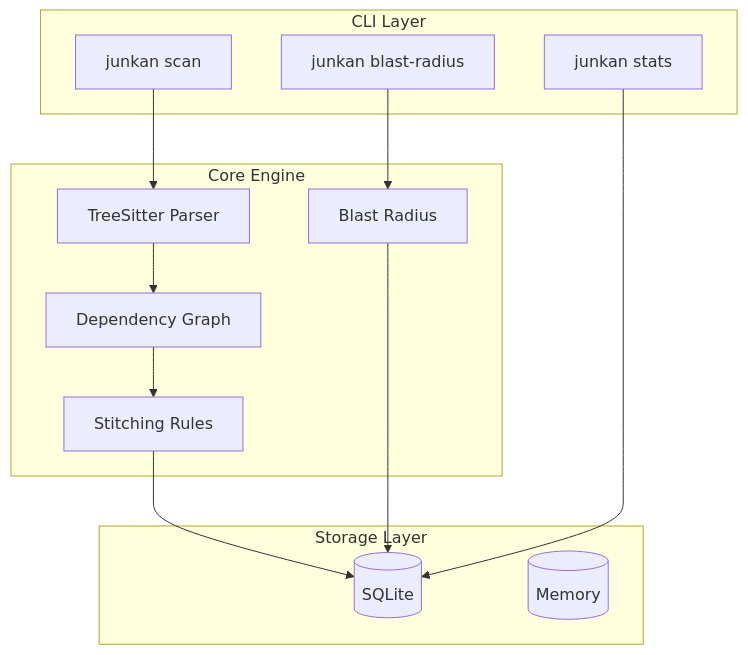
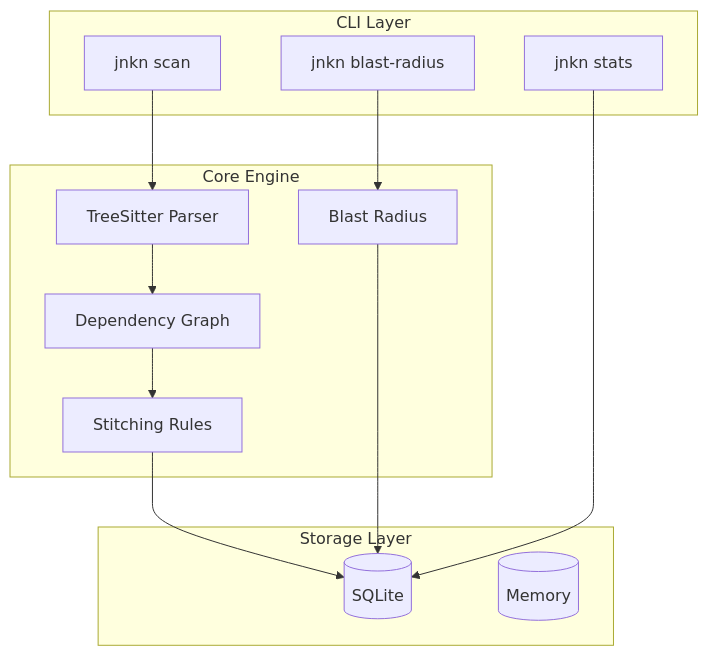
One commit to bordumb/jnkn changed the tenth of 10 diagrams in README.md. Above: the diagram before and after it, drawn with Mermaid. The commit also changed other lines of this file and 171 other files, not shown here.

````diff
--- a/README.md
+++ b/README.md
@@ -407,30 +407,30 @@
 ```mermaid
 graph TB
     subgraph CLI["CLI Layer"]
-        SCAN[junkan scan]
-        BLAST[junkan blast-radius]
-        STATS[junkan stats]
+        SCAN[jnkn scan]
+        BLAST[jnkn blast-radius]
+        STATS[jnkn stats]
     end
     
     subgraph Core["Core Engine"]
         PARSER[TreeSitter Parser]
         GRAPH[Dependency Graph]
         STITCH[Stitching Rules]
         ANALYSIS[Blast Radius]
     end
     
     subgraph Storage["Storage Layer"]
         SQLITE[(SQLite)]
         MEMORY[(Memory)]
     end
     
     SCAN --> PARSER
     PARSER --> GRAPH
     GRAPH --> STITCH
     STITCH --> SQLITE
     
     BLAST --> ANALYSIS
     ANALYSIS --> SQLITE
     
     STATS --> SQLITE
 ```
````
